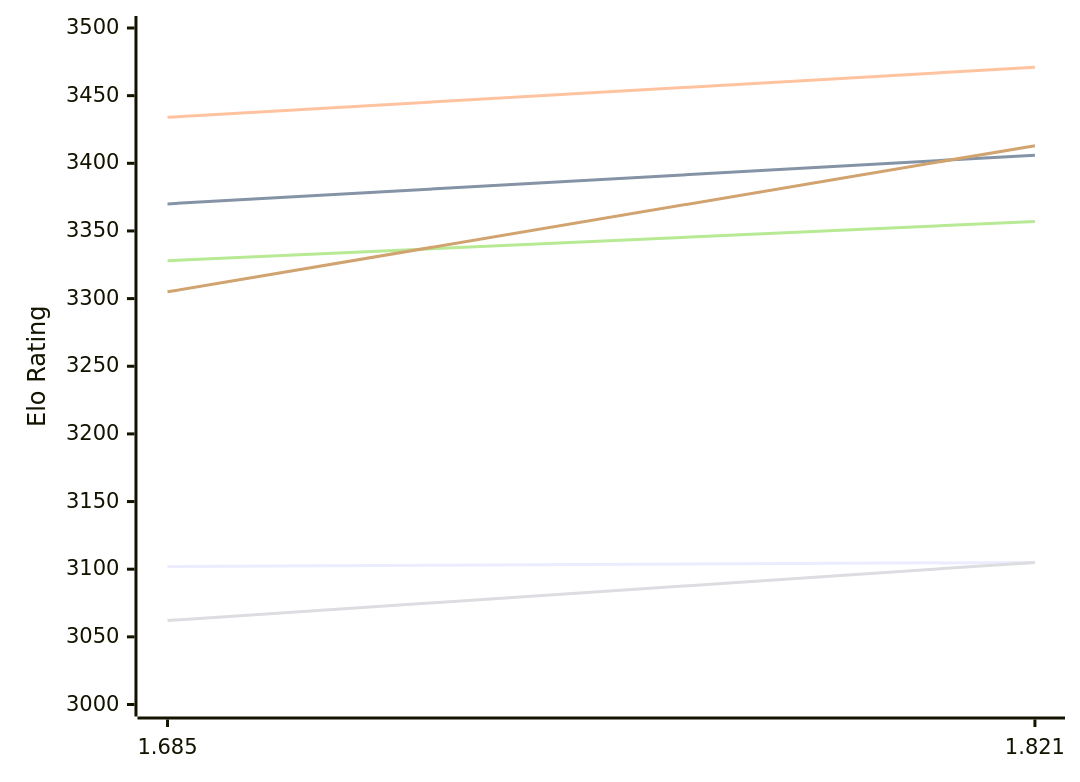
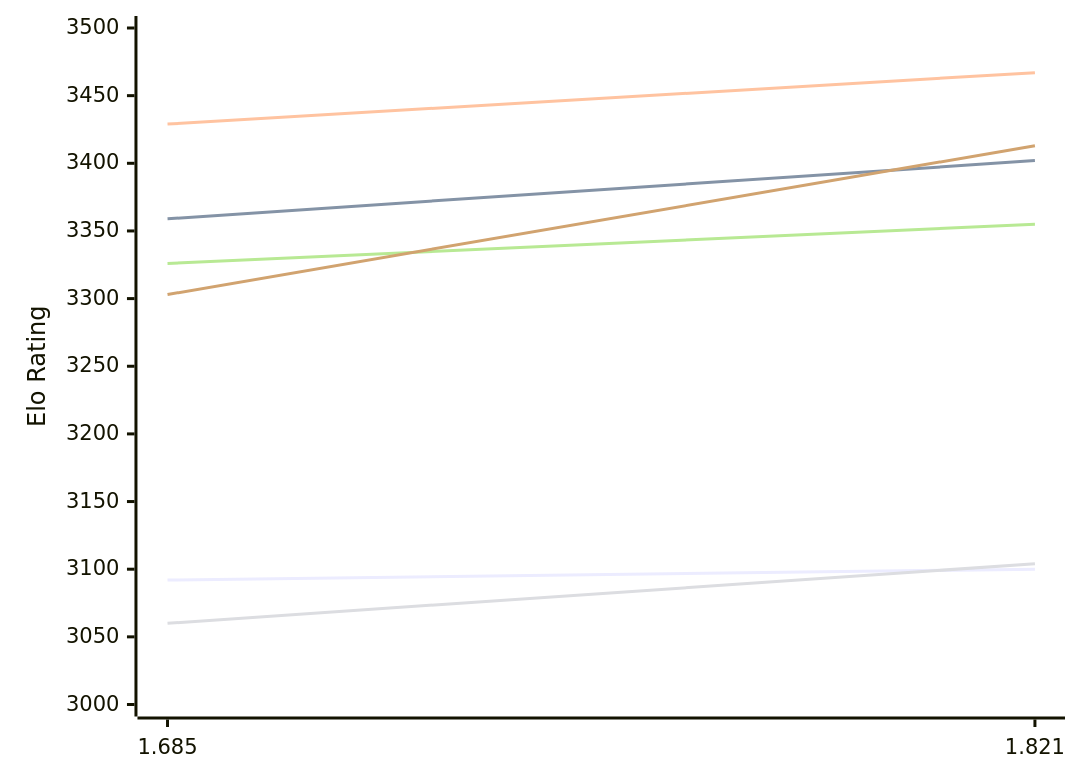
Before and after one commit to computer-chess-index/cci: the first of 2 diagrams in engines/Malika.md, drawn with Mermaid. The commit also changed other lines of this file, not shown here.

Commit message:
Update CCI Ratings (ELO VLTC) - 2026-11-26

````diff
--- a/engines/Malika.md
+++ b/engines/Malika.md
@@ -54,12 +54,12 @@
 ```mermaid
 %%{init: {"theme":"base","themeVariables":{"seriesColors:['#a3a3a3','#222221','#faa371']}}}%%
 xychart-beta
   x-axis ["1.685", "1.821"]
   y-axis "Elo Rating" 3000 --> 3500
-  line "E1: STC (8.0+0.08s)" [3102, 3105]
-  line "E1: LTC (60.0+0.60s)" [3370, 3406]
-  line "E1: VLTC (2m24s+1.12s)" [3434, 3471]
-  line "P1: STC (8.0+0.08s)" [3062, 3105]
-  line "P1: LTC (60.0+0.60s)" [3328, 3357]
-  line "P1: VLTC (2m24s+1.12s)" [3305, 3413]
+  line "E1: STC (8.0+0.08s)" [3092, 3100]
+  line "E1: LTC (60.0+0.60s)" [3359, 3402]
+  line "E1: VLTC (2m24s+1.12s)" [3429, 3467]
+  line "P1: STC (8.0+0.08s)" [3060, 3104]
+  line "P1: LTC (60.0+0.60s)" [3326, 3355]
+  line "P1: VLTC (2m24s+1.12s)" [3303, 3413]
 ```
````
